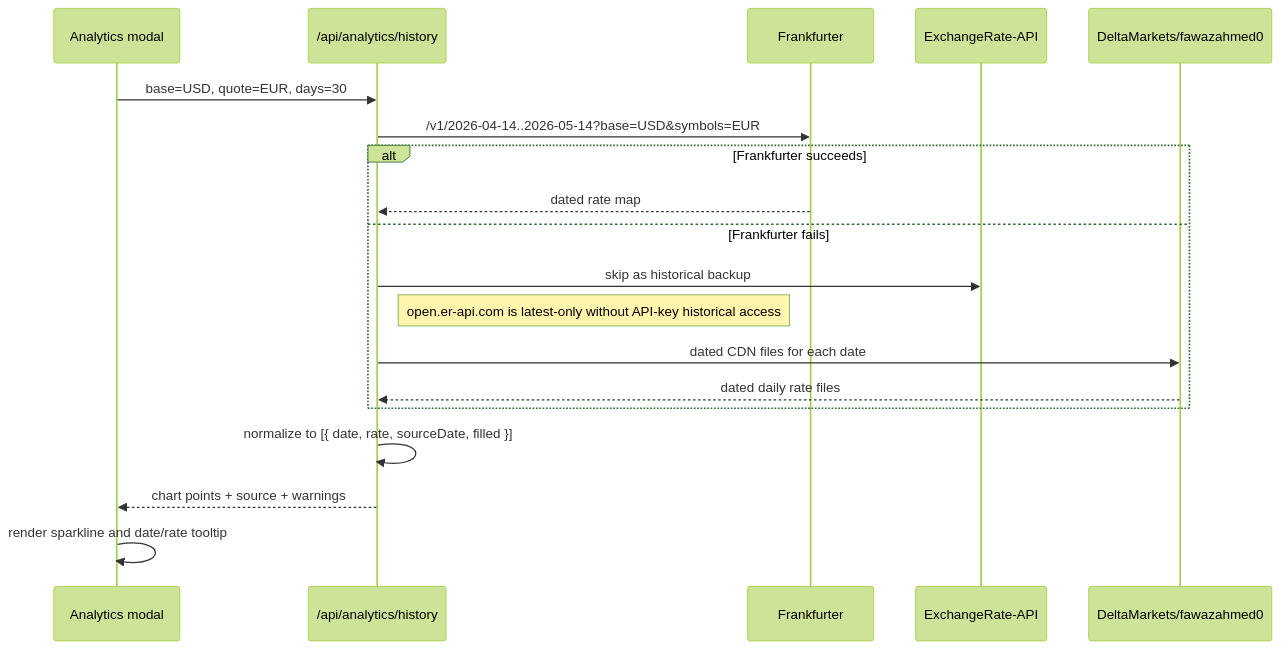
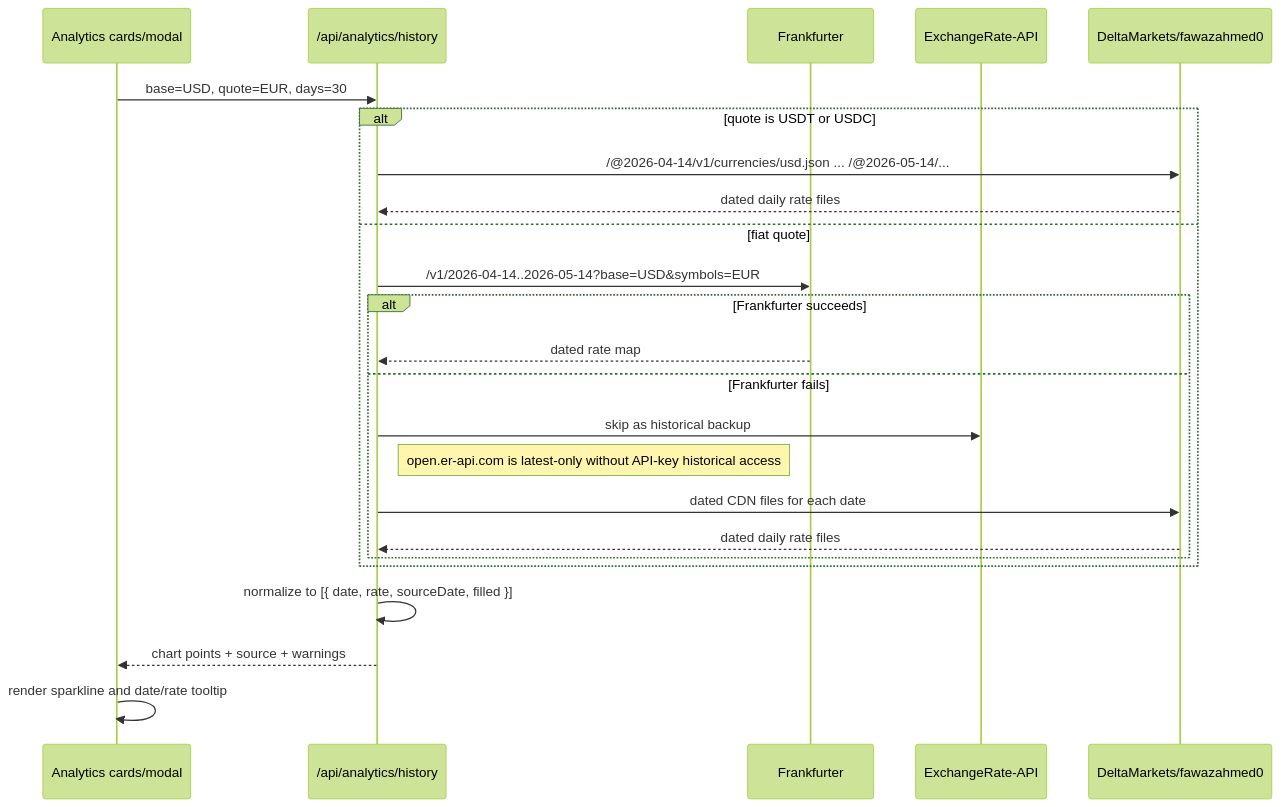
Before and after one commit to 1kdelyukin/Multi-Leg-FX-Routing: the sixth of 7 diagrams in README.md, drawn with Mermaid (forest theme). The commit also changed other lines of this file and 7 other files, not shown here.

````diff
--- a/README.md
+++ b/README.md
@@ -401,22 +513,27 @@
 ```mermaid
 sequenceDiagram
-  participant Modal as Analytics modal
+  participant Modal as Analytics cards/modal
   participant API as /api/analytics/history
   participant F as Frankfurter
   participant E as ExchangeRate-API
   participant D as DeltaMarkets/fawazahmed0
 
   Modal->>API: base=USD, quote=EUR, days=30
-  API->>F: /v1/2026-04-14..2026-05-14?base=USD&symbols=EUR
-  alt Frankfurter succeeds
-    F-->>API: dated rate map
-  else Frankfurter fails
-    API->>E: skip as historical backup
-    Note right of API: open.er-api.com is latest-only without API-key historical access
-    API->>D: dated CDN files for each date
+  alt quote is USDT or USDC
+    API->>D: /@2026-04-14/v1/currencies/usd.json ... /@2026-05-14/...
     D-->>API: dated daily rate files
+  else fiat quote
+    API->>F: /v1/2026-04-14..2026-05-14?base=USD&symbols=EUR
+    alt Frankfurter succeeds
+      F-->>API: dated rate map
+    else Frankfurter fails
+      API->>E: skip as historical backup
+      Note right of API: open.er-api.com is latest-only without API-key historical access
+      API->>D: dated CDN files for each date
+      D-->>API: dated daily rate files
+    end
   end
   API->>API: normalize to [{ date, rate, sourceDate, filled }]
   API-->>Modal: chart points + source + warnings
   Modal->>Modal: render sparkline and date/rate tooltip
 ```
````
